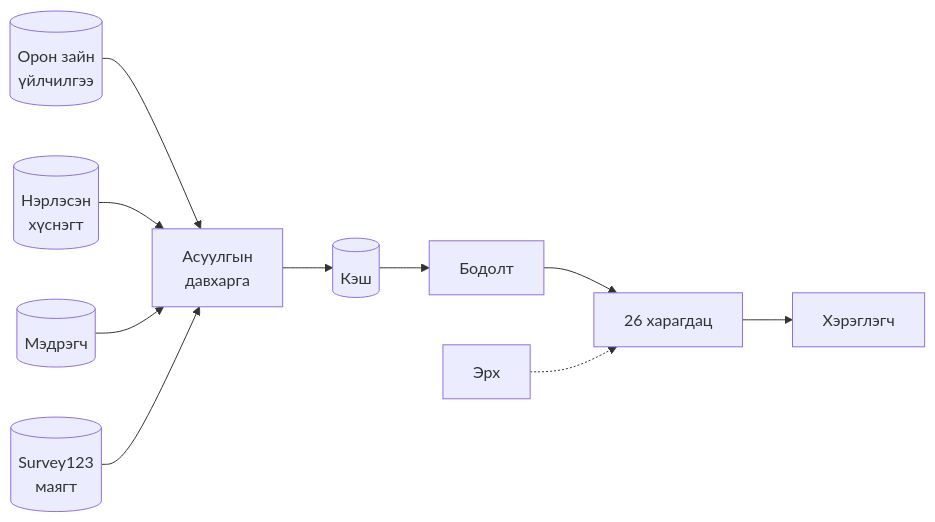
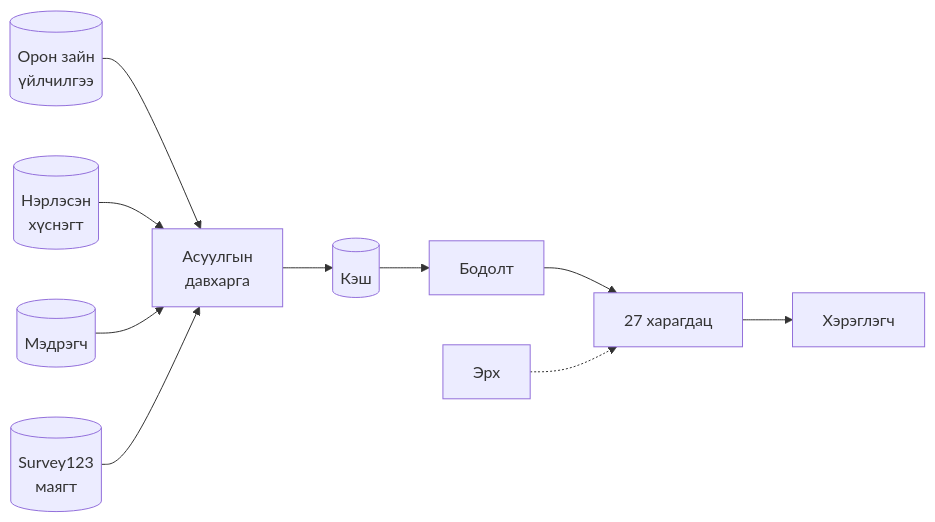
The diagram in docs/SYSTEM.md (monmapgisteam-oss/Selbe_db), drawn with Mermaid before and after one commit. The commit also changed other lines of this file and 46 other files, not shown here.

````diff
--- a/docs/SYSTEM.md
+++ b/docs/SYSTEM.md
@@ -46,12 +46,12 @@
 ```mermaid
 flowchart LR
   SPACE[(Орон зайн<br/>үйлчилгээ)] --> Q[Асуулгын<br/>давхарга]
   TABLE[(Нэрлэсэн<br/>хүснэгт)] --> Q
   IOT[(Мэдрэгч)] --> Q
   FORM[(Survey123<br/>маягт)] --> Q
   Q --> CACHE[(Кэш)]
   CACHE --> CALC[Бодолт]
-  CALC --> VIEW[26 харагдац]
+  CALC --> VIEW[27 харагдац]
   VIEW --> USER[Хэрэглэгч]
   ACL[Эрх] -.-> VIEW
 ```
````
